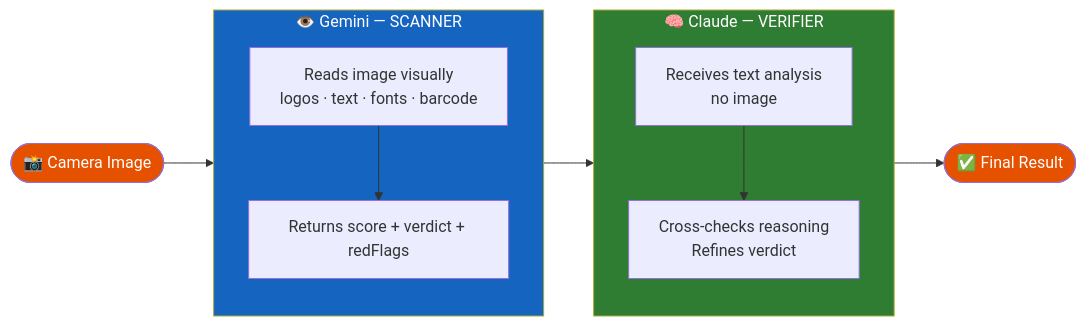
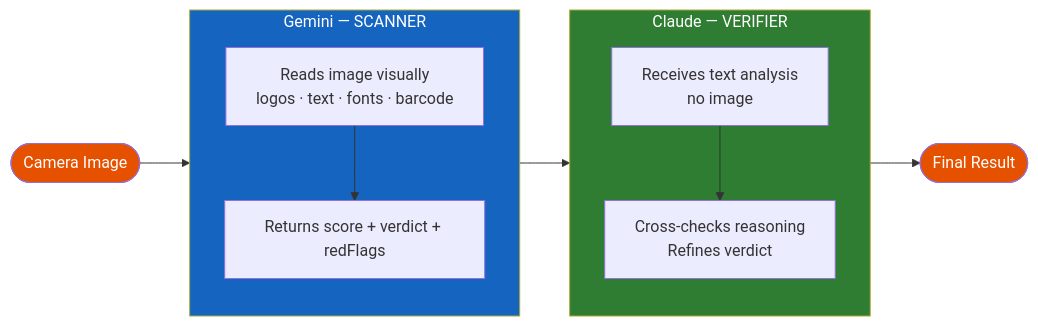
The fifth of 6 diagrams in README.md (lakshmanreddymv-bot/FakeProductDetector), drawn with Mermaid before and after one commit. The commit also changed other lines of this file, not shown here.

````diff
--- a/README.md
+++ b/README.md
@@ -539,22 +209,22 @@
 ```mermaid
 flowchart LR
-    IMG([📸 Camera Image]) --> GEM
+    IMG([Camera Image]) --> GEM
 
-    subgraph GEM["👁️ Gemini — SCANNER"]
+    subgraph GEM["Gemini — SCANNER"]
         G1[Reads image visually\nlogos · text · fonts · barcode]
         G1 --> G2[Returns score + verdict + redFlags]
     end
 
-    subgraph CLU["🧠 Claude — VERIFIER"]
+    subgraph CLU["Claude — VERIFIER"]
         C1[Receives text analysis\nno image]
         C1 --> C2[Cross-checks reasoning\nRefines verdict]
     end
 
     GEM --> CLU
-    CLU --> OUT([✅ Final Result])
+    CLU --> OUT([Final Result])
 
     style GEM fill:#1565c0,color:#fff
     style CLU fill:#2e7d32,color:#fff
     style IMG fill:#e65100,color:#fff
     style OUT fill:#e65100,color:#fff
 ```
````
